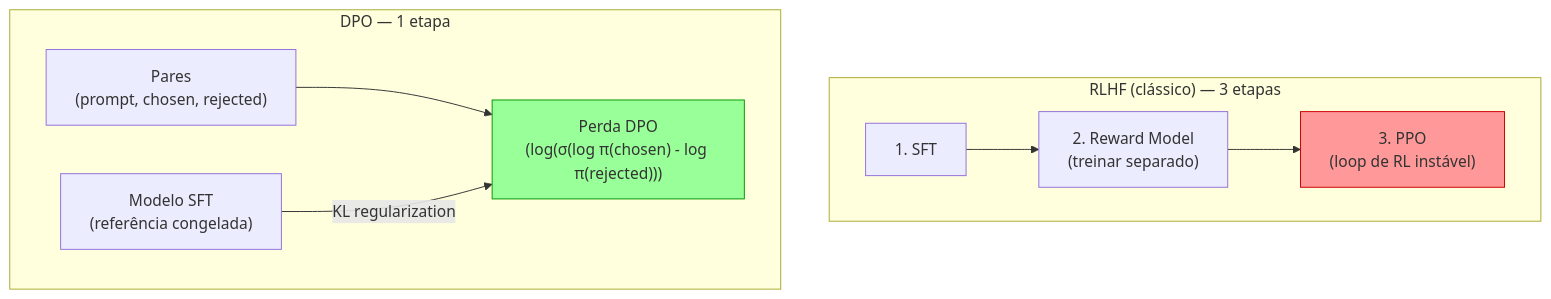
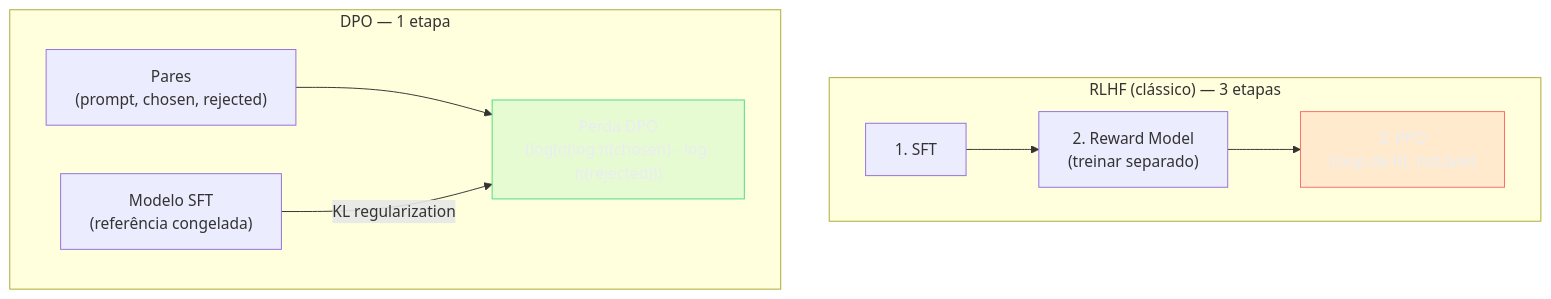
The third of 4 diagrams in 03-Dominios/Tecnologia/IA/Anatomia dos LLMs/21 - Fine-tuning na prática — LoRA, QLoRA, DPO.md (josenaldo/codex-technomanticus), drawn with Mermaid before and after one commit. The commit also changed other lines of this file and 1181 other files, not shown here.

First line of the commit message:
fix(diagramas): paleta do sistema no lugar de cor cravada no markdown

````diff
--- a/03-Dominios/Tecnologia/IA/Anatomia dos LLMs/21 - Fine-tuning na prática — LoRA, QLoRA, DPO.md
+++ b/03-Dominios/Tecnologia/IA/Anatomia dos LLMs/21 - Fine-tuning na prática — LoRA, QLoRA, DPO.md
@@ -129,18 +135,20 @@
 ```mermaid
 graph TD
+    classDef falha fill:#FF6B6B24,stroke:#FF6B6B,color:#E9ECF2
+    classDef ok fill:#4ADE8021,stroke:#4ADE80,color:#E9ECF2
     subgraph "RLHF (clássico) — 3 etapas"
         SFT_A["1. SFT"]
         RM["2. Reward Model\n(treinar separado)"]
         PPO["3. PPO\n(loop de RL instável)"]
         SFT_A --> RM --> PPO
     end
     subgraph "DPO — 1 etapa"
         DATA["Pares\n(prompt, chosen, rejected)"]
         DPO_LOSS["Perda DPO\n(log(σ(log π(chosen) - log π(rejected)))"]
         SFT_B["Modelo SFT\n(referência congelada)"]
         DATA --> DPO_LOSS
         SFT_B -- "KL regularization" --> DPO_LOSS
     end
-    style PPO fill:#ff9999,stroke:#cc0000
-    style DPO_LOSS fill:#99ff99,stroke:#009900
+    class PPO falha
+    class DPO_LOSS ok
 ```
````
